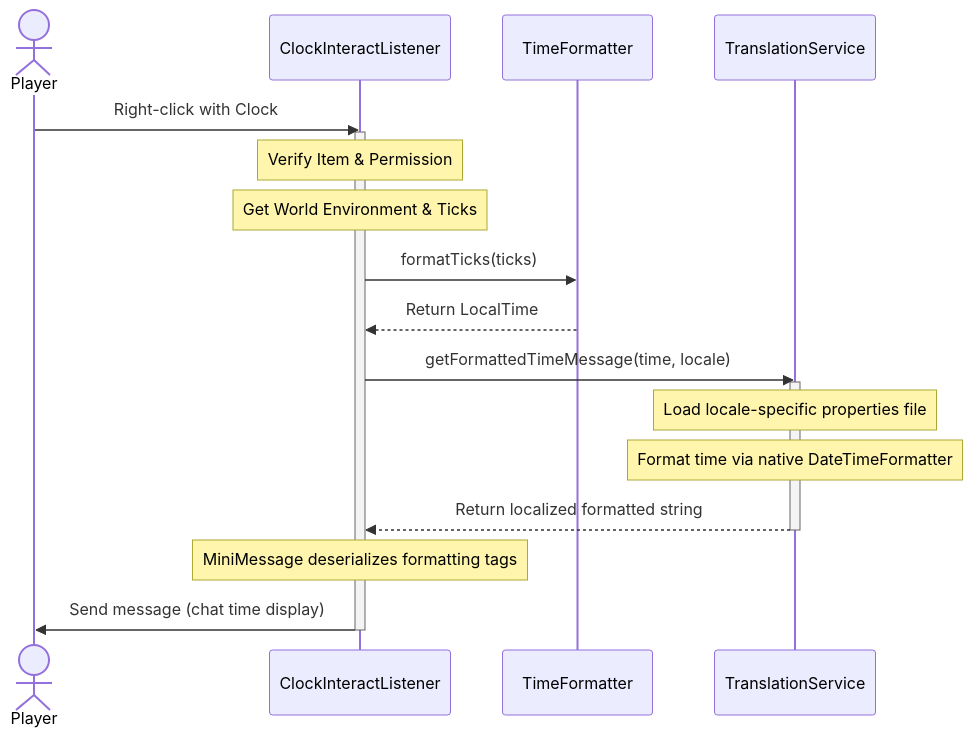
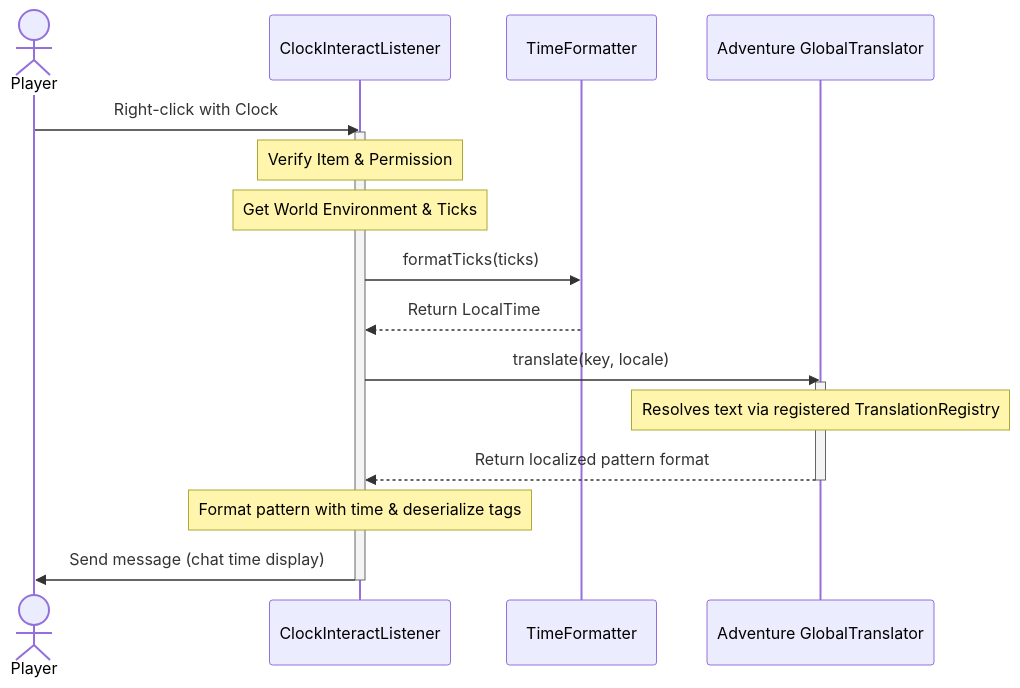
One commit to beduality/clock-gui changed the second of 2 diagrams in docs/architecture.md. Above: the diagram before and after it, drawn with Mermaid. The commit also changed other lines of this file and 5 other files, not shown here.

Commit message:
Refactor: adopt Adventure TranslationRegistry and update architectural documentation

````diff
--- a/docs/architecture.md
+++ b/docs/architecture.md
@@ -55,23 +53,22 @@
 ```mermaid
 sequenceDiagram
     actor Player
     participant Listener as ClockInteractListener
     participant Formatter as TimeFormatter
-    participant Translator as TranslationService
+    participant Translator as Adventure GlobalTranslator
 
     Player->>Listener: Right-click with Clock
     activate Listener
     Note over Listener: Verify Item & Permission
     Note over Listener: Get World Environment & Ticks
     Listener->>Formatter: formatTicks(ticks)
     Formatter-->>Listener: Return LocalTime
-    Listener->>Translator: getFormattedTimeMessage(time, locale)
+    Listener->>Translator: translate(key, locale)
     activate Translator
-    Note over Translator: Load locale-specific properties file
-    Note over Translator: Format time via native DateTimeFormatter
-    Translator-->>Listener: Return localized formatted string
+    Note over Translator: Resolves text via registered TranslationRegistry
+    Translator-->>Listener: Return localized pattern format
     deactivate Translator
-    Note over Listener: MiniMessage deserializes formatting tags
+    Note over Listener: Format pattern with time & deserialize tags
     Listener->>Player: Send message (chat time display)
     deactivate Listener
 ```
````
